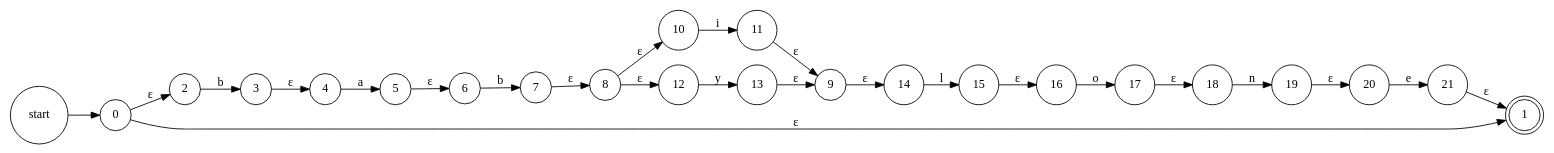
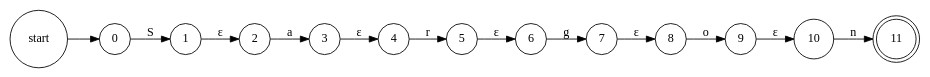
The diagram in outputs/nfa.dot (marouanosb/Gutenberg-text-search), drawn with Graphviz before and after one commit. The commit also changed 1 other file, not shown here.

```diff
--- a/outputs/nfa.dot
+++ b/outputs/nfa.dot
@@ -1,29 +1,17 @@
 digraph NFA {
   rankdir=LR;
   node [shape=circle];
   start -> 0;
-  0 -> 2 [label="ε"];
-  2 -> 3 [label="b"];
+  0 -> 1 [label="S"];
+  1 -> 2 [label="ε"];
+  2 -> 3 [label="a"];
   3 -> 4 [label="ε"];
-  4 -> 5 [label="a"];
+  4 -> 5 [label="r"];
   5 -> 6 [label="ε"];
-  6 -> 7 [label="b"];
+  6 -> 7 [label="g"];
   7 -> 8 [label="ε"];
-  8 -> 10 [label="ε"];
-  10 -> 11 [label="i"];
-  11 -> 9 [label="ε"];
-  9 -> 14 [label="ε"];
-  14 -> 15 [label="l"];
-  15 -> 16 [label="ε"];
-  16 -> 17 [label="o"];
-  17 -> 18 [label="ε"];
-  18 -> 19 [label="n"];
-  19 -> 20 [label="ε"];
-  20 -> 21 [label="e"];
-  21 -> 1 [label="ε"];
-  8 -> 12 [label="ε"];
-  12 -> 13 [label="y"];
-  13 -> 9 [label="ε"];
-  0 -> 1 [label="ε"];
-  1 [shape=doublecircle];
+  8 -> 9 [label="o"];
+  9 -> 10 [label="ε"];
+  10 -> 11 [label="n"];
+  11 [shape=doublecircle];
 }
```
